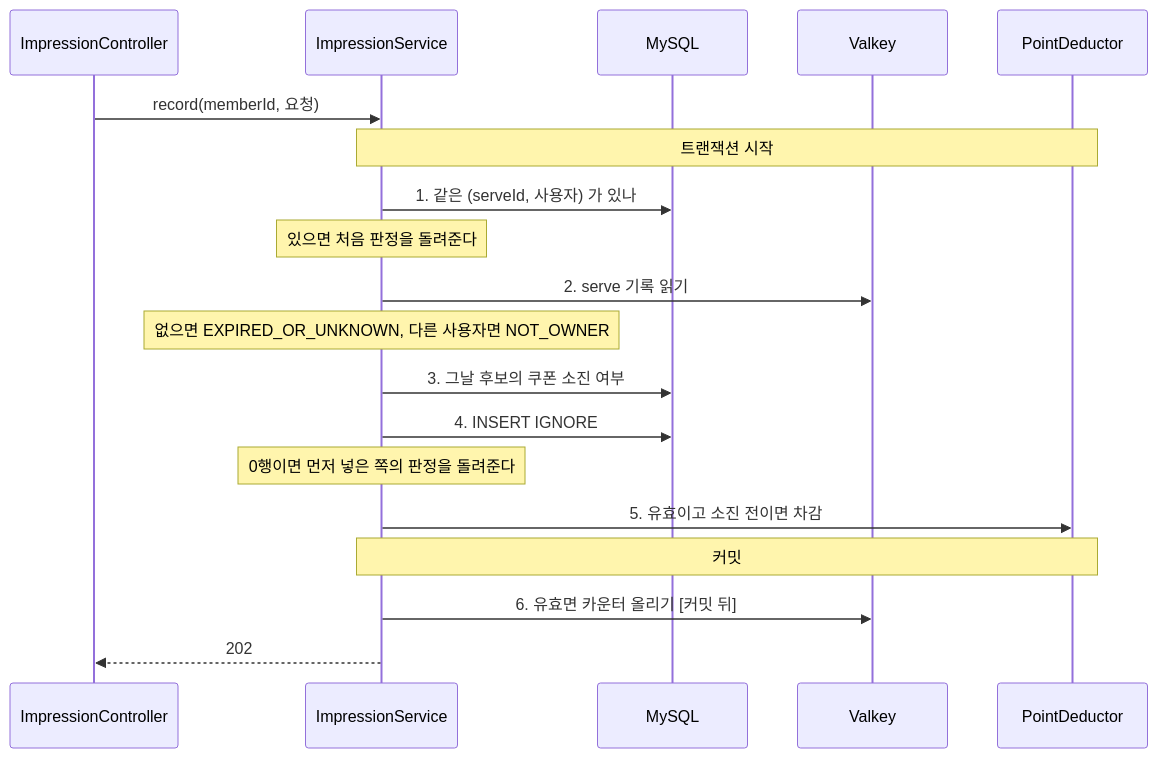
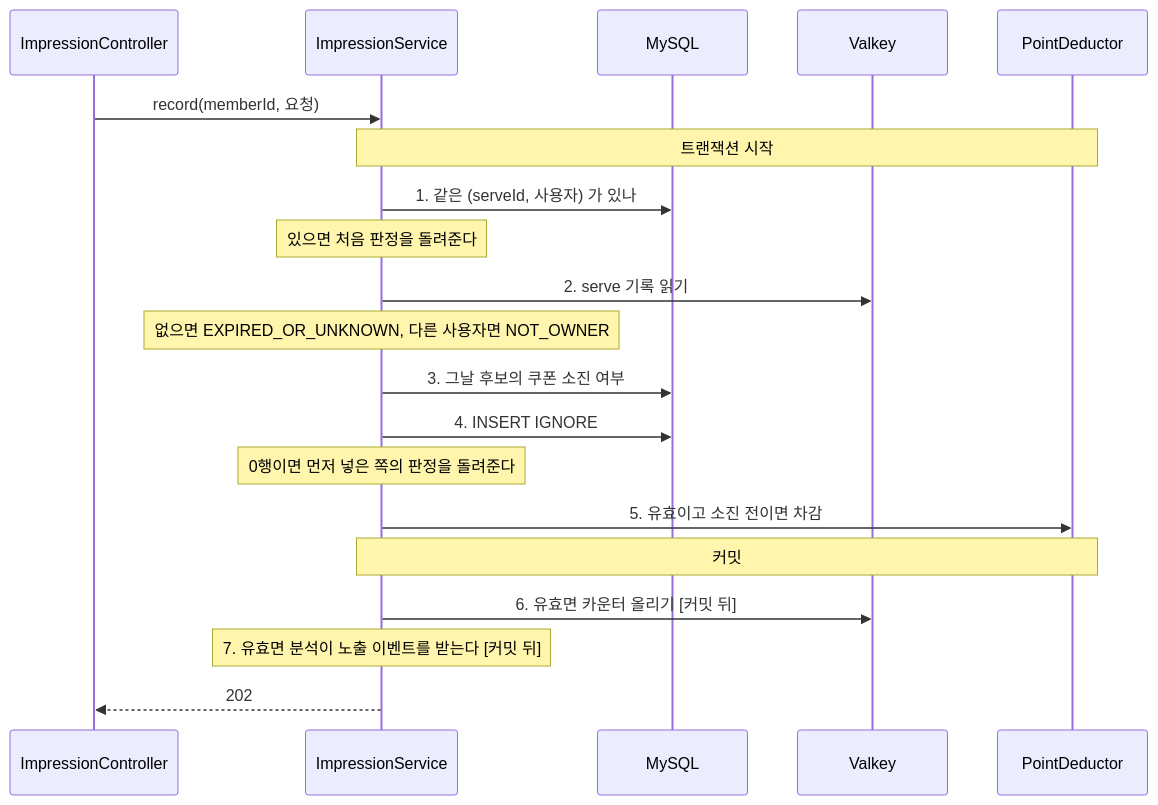
Before and after one commit to lunch-catch/lc-backend: the third of 5 diagrams in docs/design/adserving/adserving_구조와_동작_설계.md, drawn with Mermaid. The commit also changed other lines of this file and 16 other files, not shown here.

````diff
--- a/docs/design/adserving/adserving_구조와_동작_설계.md
+++ b/docs/design/adserving/adserving_구조와_동작_설계.md
@@ -333,21 +335,22 @@
 ```mermaid
 sequenceDiagram
     participant C as ImpressionController
     participant S as ImpressionService
     participant DB as MySQL
     participant V as Valkey
     participant P as PointDeductor
     C->>S: record(memberId, 요청)
     Note over S,P: 트랜잭션 시작
     S->>DB: 1. 같은 (serveId, 사용자) 가 있나
     Note over S: 있으면 처음 판정을 돌려준다
     S->>V: 2. serve 기록 읽기
     Note over S: 없으면 EXPIRED_OR_UNKNOWN, 다른 사용자면 NOT_OWNER
     S->>DB: 3. 그날 후보의 쿠폰 소진 여부
     S->>DB: 4. INSERT IGNORE
     Note over S: 0행이면 먼저 넣은 쪽의 판정을 돌려준다
     S->>P: 5. 유효이고 소진 전이면 차감
     Note over S,P: 커밋
     S->>V: 6. 유효면 카운터 올리기 [커밋 뒤]
+    Note over S: 7. 유효면 분석이 노출 이벤트를 받는다 [커밋 뒤]
     S-->>C: 202
 ```
````
